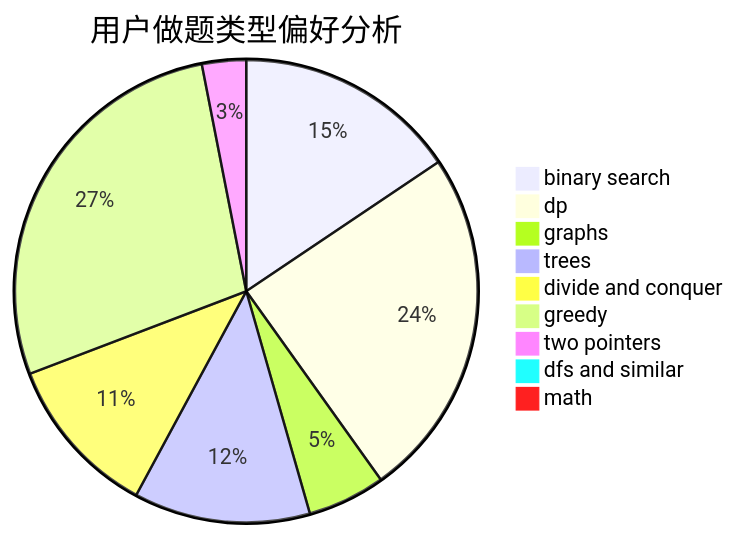
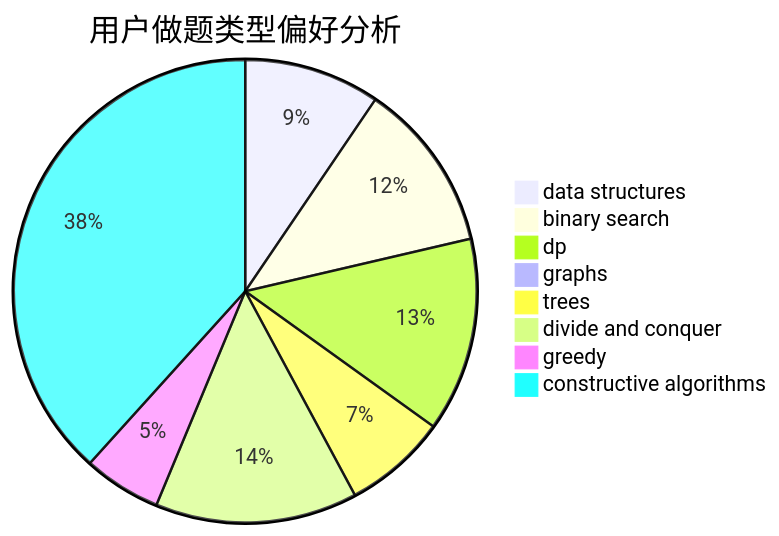
The second of 3 diagrams in docs/user/u862.md (sherpahu/cfrs.github.io), drawn with Mermaid before and after one commit. The commit also changed other lines of this file and 2775 other files, not shown here.

````diff
--- a/docs/user/u862.md
+++ b/docs/user/u862.md
@@ -23,12 +23,11 @@
 ```mermaid
 pie title 用户做题类型偏好分析
-    "binary search" :  172
-    "dp" :  271
-    "graphs" :  60
-    "trees" :  136
+    "data structures" :  84
+    "binary search" :  105
+    "dp" :  120
+    "graphs" :  7
+    "trees" :  64
     "divide and conquer" :  125
-    "greedy" :  306
-    "two pointers" :  34
-    "dfs and similar" :  11
-    "math" :  11
+    "greedy" :  48
+    "constructive algorithms" :  339
 ```
````
